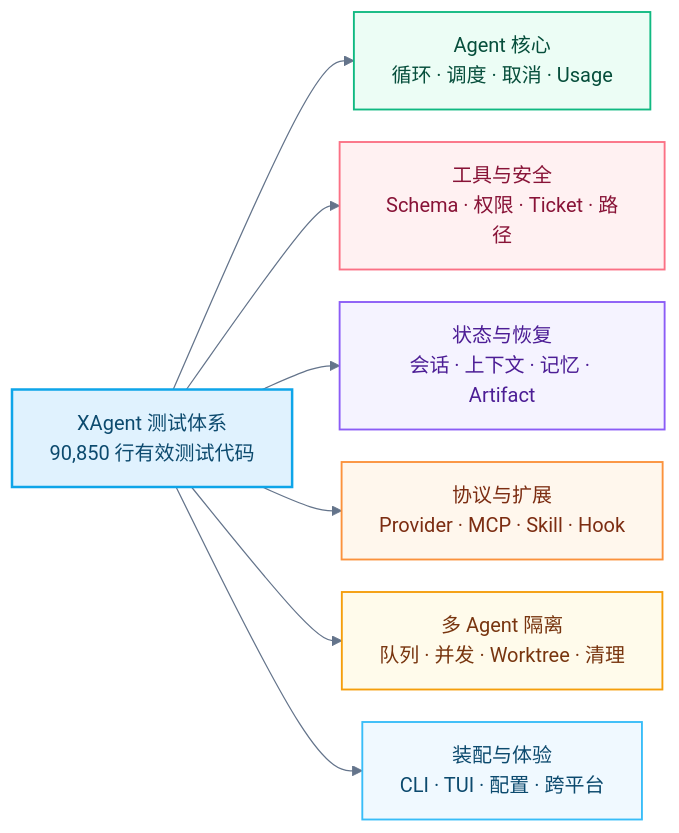
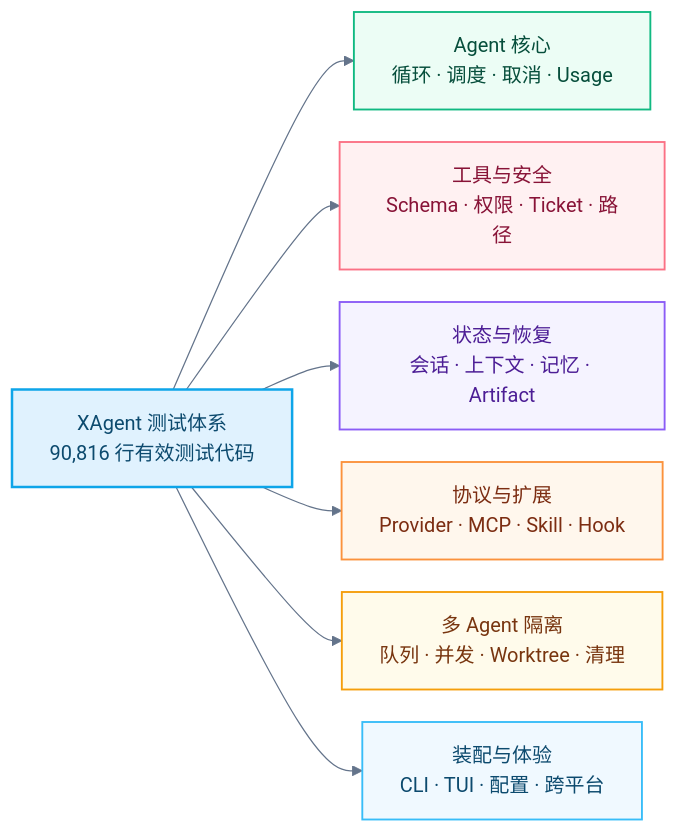
The diagram in docs/testing-reliability.md (gugugu5331/XAgent), drawn with Mermaid before and after one commit. The commit also changed other lines of this file and 1 other file, not shown here.

Commit message:
[docs][完善 XAgent 技术说明与 GitHub 链接]

````diff
--- a/docs/testing-reliability.md
+++ b/docs/testing-reliability.md
@@ -35,28 +35,28 @@
 ```mermaid
 %%{init: {'theme':'base','flowchart':{'curve':'basis','nodeSpacing':26,'rankSpacing':38},'themeVariables':{'primaryTextColor':'#0f172a','lineColor':'#64748b','fontFamily':'PingFang SC, sans-serif'}}}%%
 flowchart LR
-    TEST["XAgent 测试体系\n90,850 行有效测试代码"]
+    TEST["XAgent 测试体系\n90,816 行有效测试代码"]
 
     TEST --> LOOP["Agent 核心\n循环 · 调度 · 取消 · Usage"]
     TEST --> SAFE["工具与安全\nSchema · 权限 · Ticket · 路径"]
     TEST --> STATE["状态与恢复\n会话 · 上下文 · 记忆 · Artifact"]
     TEST --> EXT["协议与扩展\nProvider · MCP · Skill · Hook"]
     TEST --> MULTI["多 Agent 隔离\n队列 · 并发 · Worktree · 清理"]
     TEST --> UX["装配与体验\nCLI · TUI · 配置 · 跨平台"]
 
     classDef root fill:#e0f2fe,stroke:#0ea5e9,color:#0c4a6e,stroke-width:2px;
     classDef core fill:#ecfdf5,stroke:#10b981,color:#064e3b,stroke-width:1.5px;
     classDef safe fill:#fff1f2,stroke:#fb7185,color:#881337,stroke-width:1.5px;
     classDef state fill:#f5f3ff,stroke:#8b5cf6,color:#4c1d95,stroke-width:1.5px;
     classDef ext fill:#fff7ed,stroke:#fb923c,color:#7c2d12,stroke-width:1.5px;
     classDef multi fill:#fffbeb,stroke:#f59e0b,color:#78350f,stroke-width:1.5px;
     classDef ux fill:#f0f9ff,stroke:#38bdf8,color:#0c4a6e,stroke-width:1.5px;
 
     class TEST root;
     class LOOP core;
     class SAFE safe;
     class STATE state;
     class EXT ext;
     class MULTI multi;
     class UX ux;
 ```
````
